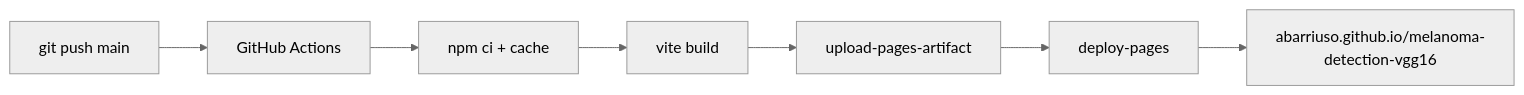
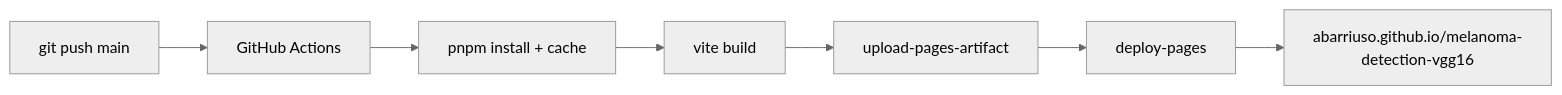
One commit to abarriuso/melanoma-detection-vgg16 changed the third of 3 diagrams in README.md. Above: the diagram before and after it, drawn with Mermaid (neutral theme). The commit also changed other lines of this file and 9 other files, not shown here.

Commit message:
Migrar de npm a pnpm (lockfile, CI y documentación)

````diff
--- a/README.md
+++ b/README.md
@@ -217,9 +217,9 @@
 ```mermaid
 flowchart LR
     DEV[git push main] --> GHA[GitHub Actions]
-    GHA --> INSTALL[npm ci + cache]
+    GHA --> INSTALL[pnpm install + cache]
     INSTALL --> BUILD[vite build]
     BUILD --> ART[upload-pages-artifact]
     ART --> DEPLOY[deploy-pages]
     DEPLOY --> LIVE["abarriuso.github.io/melanoma-detection-vgg16"]
 ```
````
